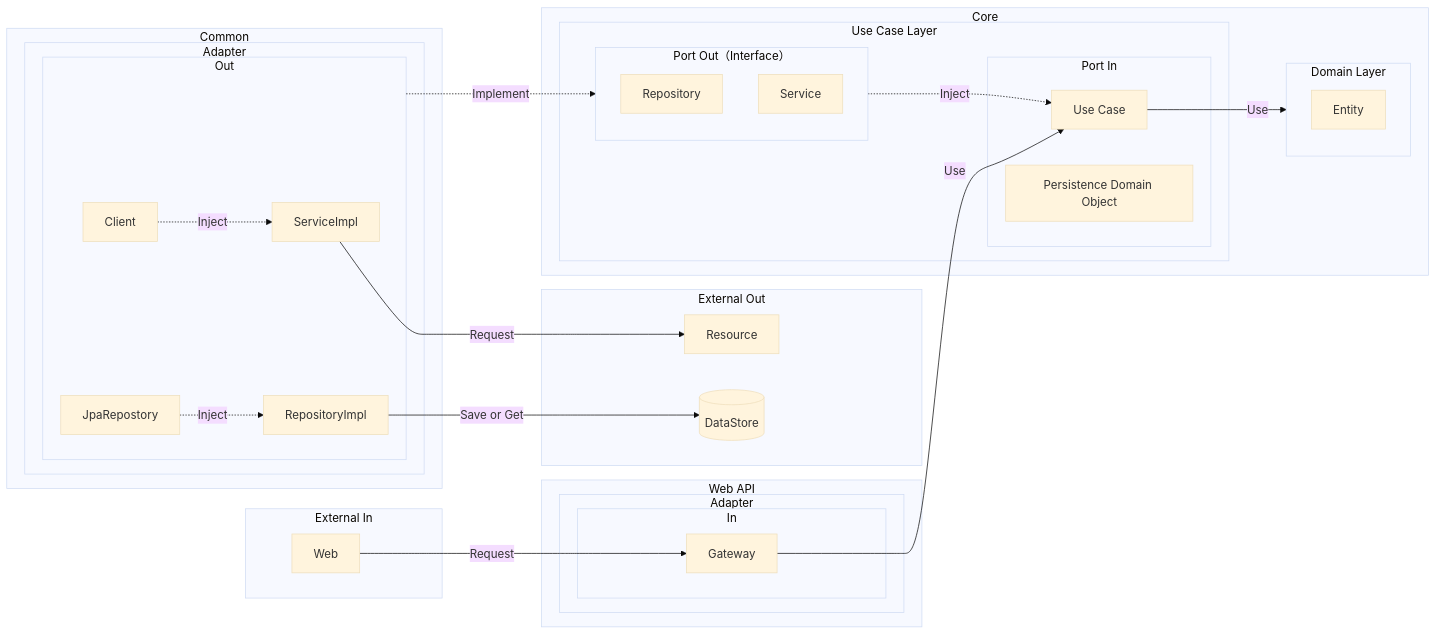
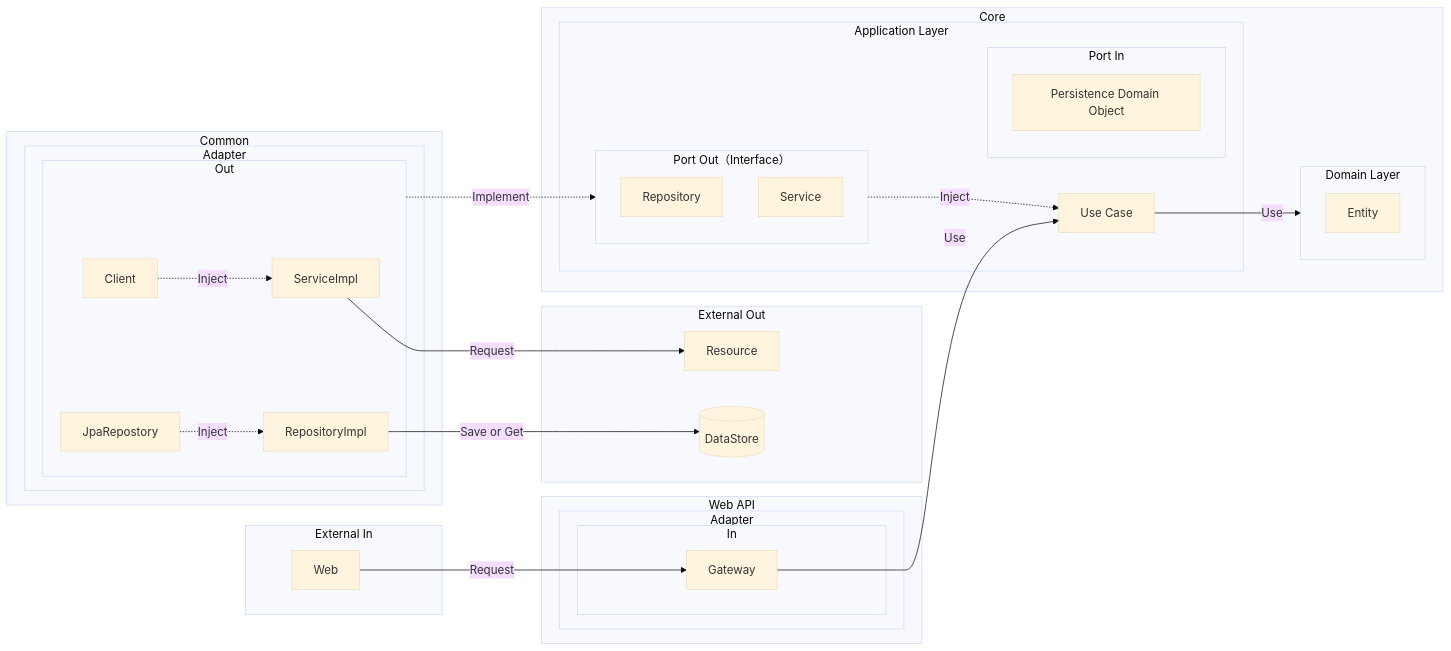
Before and after one commit to axuanhogan/quarkus-kotlin-clean-arch-template: the diagram in README.md, drawn with Mermaid (base theme).

````diff
--- a/README.md
+++ b/README.md
@@ -108,58 +108,58 @@
 ```mermaid
 graph LR
 	subgraph External Out
 		resource[Resource]
 		data-store[(DataStore)]
 	end
 		
 	subgraph External In
 		web[Web]
 	end
 	
 	subgraph web-api[Web API]
         subgraph web-api-adapter[Adapter]
             subgraph web-api-adapter-in[In]
                 web-api-adapter-in-gateway[Gateway]
             end
         end
     end
 	
 	subgraph common[Common]
         subgraph common-adapter[Adapter]
             subgraph common-adapter-out[Out]
                 common-adapter-out-service-impl[ServiceImpl]
                 common-adapter-out-repo-impl[RepositoryImpl]
                 common-adapter-out-client[Client]
                 common-adapter-out-jpa-repo[JpaRepostory]
             end
         end
     end
 	
 	subgraph core[Core]
 		subgraph domain-layer[Domain Layer]
 			Entity
 		end
-		subgraph use-case-layer[Use Case Layer]
+		subgraph application-layer[Application Layer]
             subgraph port-out[Port Out（Interface）]
                 port-out-repo[Repository]
                 port-out-service[Service]
             end
             subgraph port-in[Port In]
-				use-case[Use Case]
 				pdo[Persistence Domain Object]
 			end
+            use-case[Use Case]
 		end
 	end
 	
 	web -- Request --> web-api-adapter-in-gateway
 	
 	web-api-adapter-in-gateway -- Use --> use-case
 	use-case -- Use --> domain-layer
 	common-adapter-out-client -. Inject .-> common-adapter-out-service-impl
 	common-adapter-out-jpa-repo -. Inject .-> common-adapter-out-repo-impl
 	common-adapter-out -. Implement .-> port-out
 	port-out -. Inject .-> use-case
 	
 	common-adapter-out-repo-impl -- Save or Get --> data-store
 	common-adapter-out-service-impl -- Request --> resource
 ```
````
